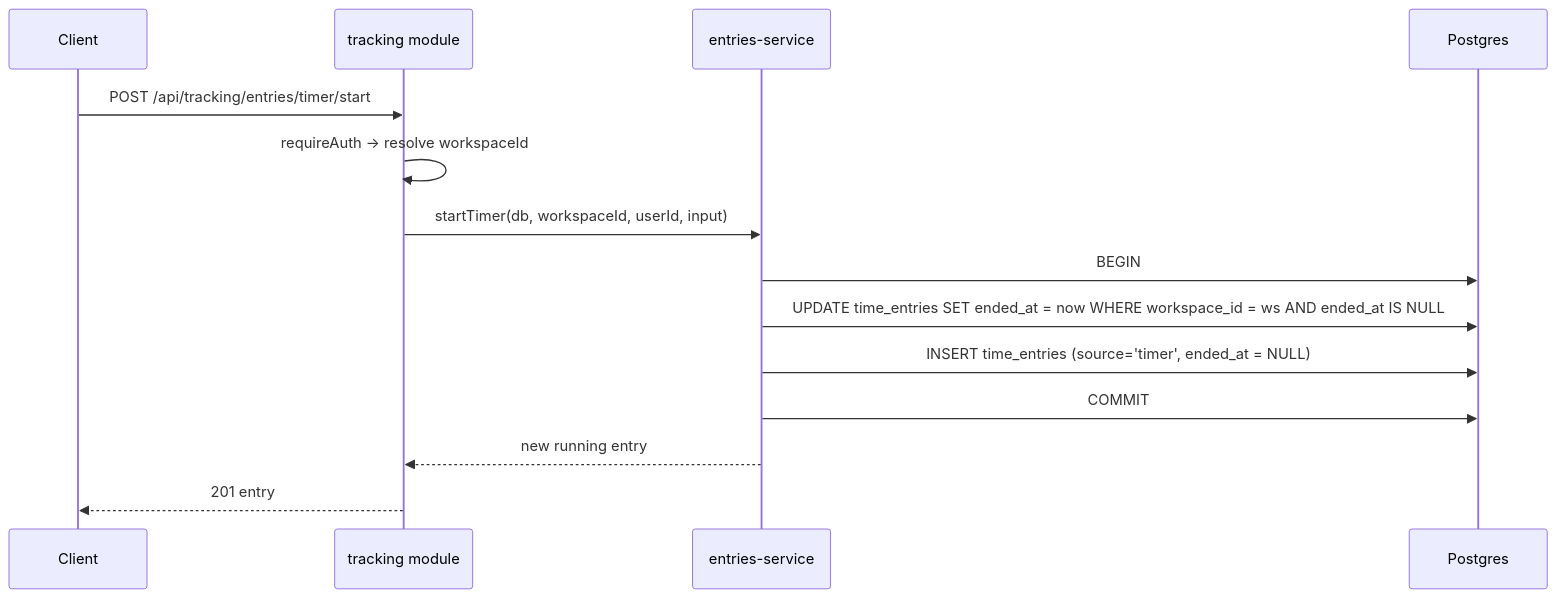
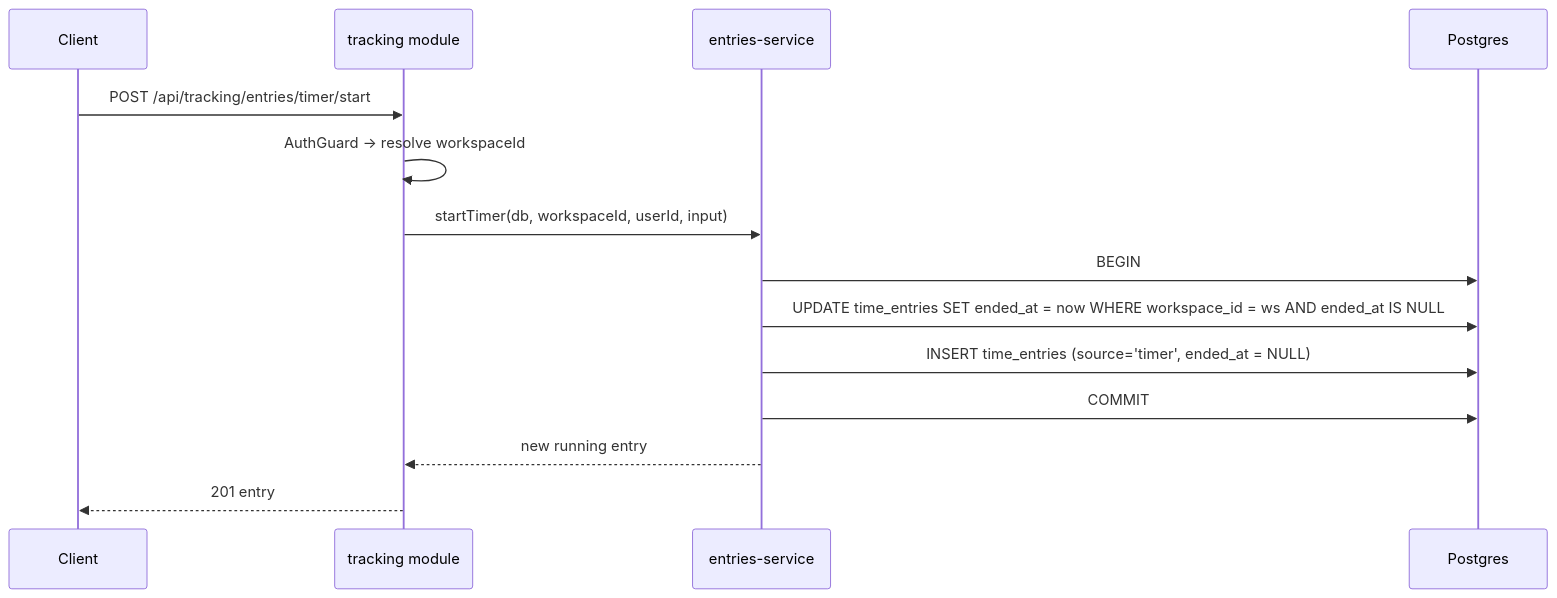
One commit to NexusHero/myDevTime changed the diagram in docs/architecture.md. Above: the diagram before and after it, drawn with Mermaid. The commit also changed other lines of this file and 38 other files, not shown here.

````diff
--- a/docs/architecture.md
+++ b/docs/architecture.md
@@ -262,16 +273,16 @@
 ```mermaid
 sequenceDiagram
     participant C as Client
     participant API as tracking module
     participant S as entries-service
     participant DB as Postgres
     C->>API: POST /api/tracking/entries/timer/start
-    API->>API: requireAuth → resolve workspaceId
+    API->>API: AuthGuard → resolve workspaceId
     API->>S: startTimer(db, workspaceId, userId, input)
     S->>DB: BEGIN
     S->>DB: UPDATE time_entries SET ended_at = now WHERE workspace_id = ws AND ended_at IS NULL
     S->>DB: INSERT time_entries (source='timer', ended_at = NULL)
     S->>DB: COMMIT
     S-->>API: new running entry
     API-->>C: 201 entry
 ```
````
